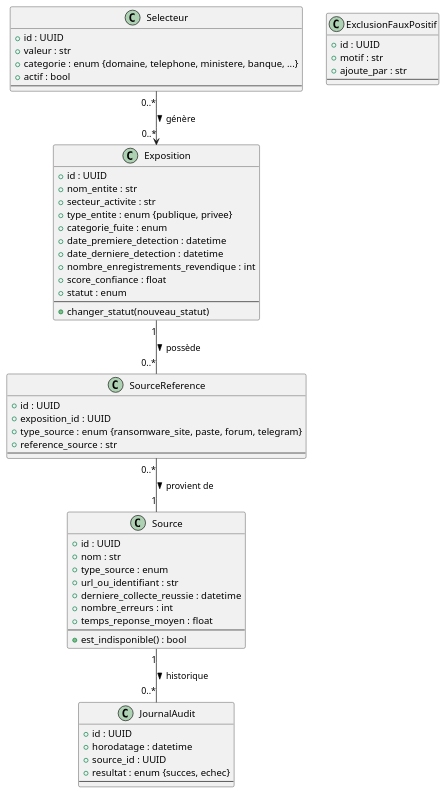
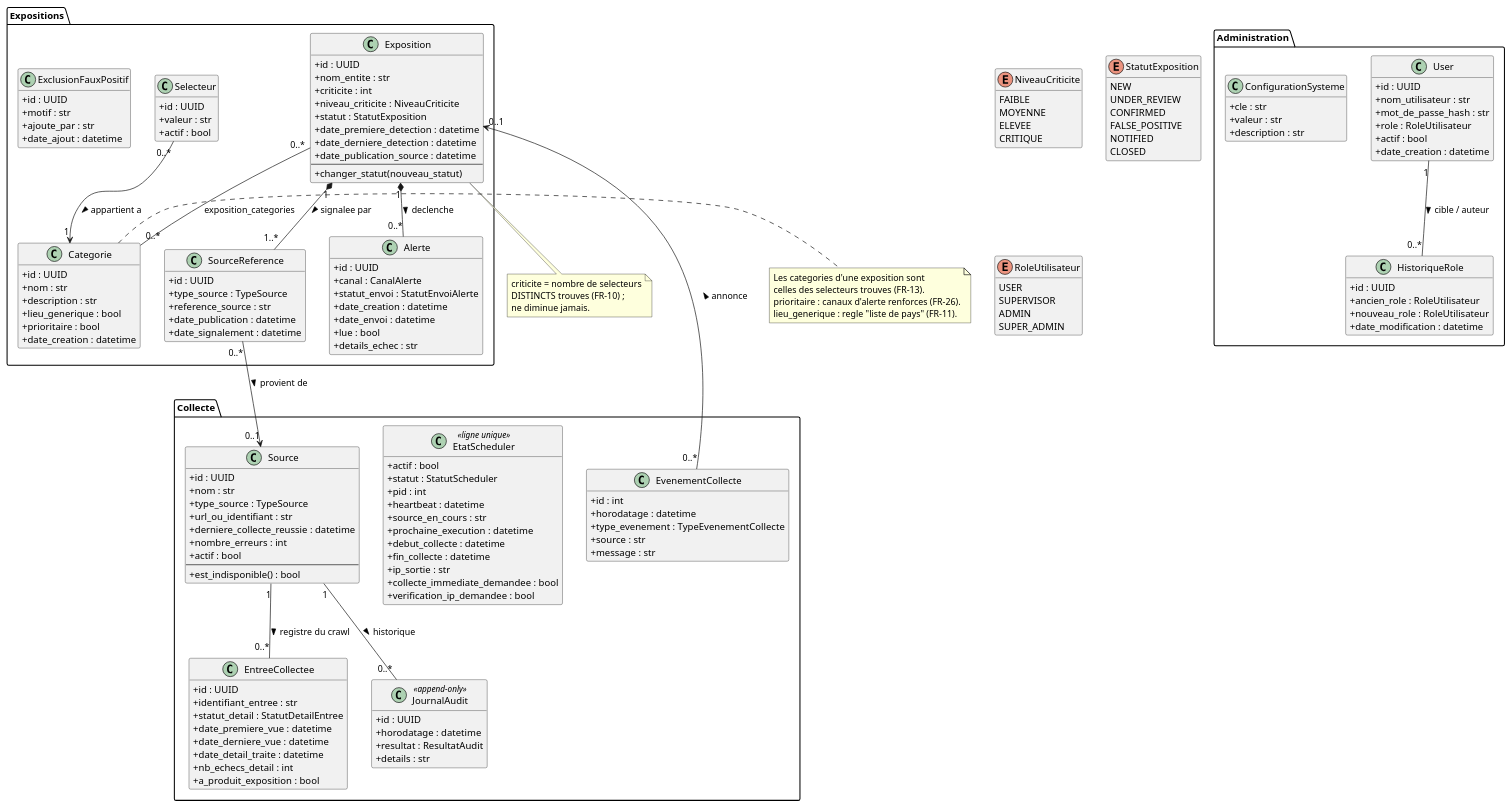
The diagram in docs/uml/classes.puml (vnyay1/dark-web-monitoring), drawn with PlantUML before and after one commit. The commit also changed 4 other files, not shown here.

First line of the commit message:
docs: diagrammes UML alignes sur le code, .env.example, arborescence du README

```diff
--- a/docs/uml/classes.puml
+++ b/docs/uml/classes.puml
@@ -1,66 +1,192 @@
 @startuml ClassDiagram_DarkWebMonitoring
 
-class Exposition {
-  +id : UUID
-  +nom_entite : str
-  +secteur_activite : str
-  +type_entite : enum {publique, privee}
-  +categorie_fuite : enum
-  +date_premiere_detection : datetime
-  +date_derniere_detection : datetime
-  +nombre_enregistrements_revendique : int
-  +score_confiance : float
-  +statut : enum
-  --
-  +changer_statut(nouveau_statut)
+' Modele de donnees de Sentinel (app/models/__init__.py).
+' CN-03 / CN-04 : seules des metadonnees sont stockees - aucune donnee
+' divulguee, aucun nom de personne, aucun extrait d'annonce.
+
+skinparam classAttributeIconSize 0
+hide empty methods
+
+package "Expositions" {
+
+  class Exposition {
+    +id : UUID
+    +nom_entite : str
+    +criticite : int
+    +niveau_criticite : NiveauCriticite
+    +statut : StatutExposition
+    +date_premiere_detection : datetime
+    +date_derniere_detection : datetime
+    +date_publication_source : datetime
+    --
+    +changer_statut(nouveau_statut)
+  }
+
+  class SourceReference {
+    +id : UUID
+    +type_source : TypeSource
+    +reference_source : str
+    +date_publication : datetime
+    +date_signalement : datetime
+  }
+
+  class Categorie {
+    +id : UUID
+    +nom : str
+    +description : str
+    +lieu_generique : bool
+    +prioritaire : bool
+    +date_creation : datetime
+  }
+
+  class Selecteur {
+    +id : UUID
+    +valeur : str
+    +actif : bool
+  }
+
+  class ExclusionFauxPositif {
+    +id : UUID
+    +motif : str
+    +ajoute_par : str
+    +date_ajout : datetime
+  }
+
+  class Alerte {
+    +id : UUID
+    +canal : CanalAlerte
+    +statut_envoi : StatutEnvoiAlerte
+    +date_creation : datetime
+    +date_envoi : datetime
+    +lue : bool
+    +details_echec : str
+  }
 }
 
-class SourceReference {
-  +id : UUID
-  +exposition_id : UUID
-  +type_source : enum {ransomware_site, paste, forum, telegram}
-  +reference_source : str
-  --
+package "Collecte" {
+
+  class Source {
+    +id : UUID
+    +nom : str
+    +type_source : TypeSource
+    +url_ou_identifiant : str
+    +derniere_collecte_reussie : datetime
+    +nombre_erreurs : int
+    +actif : bool
+    --
+    +est_indisponible() : bool
+  }
+
+  class EntreeCollectee {
+    +id : UUID
+    +identifiant_entree : str
+    +statut_detail : StatutDetailEntree
+    +date_premiere_vue : datetime
+    +date_derniere_vue : datetime
+    +date_detail_traite : datetime
+    +nb_echecs_detail : int
+    +a_produit_exposition : bool
+  }
+
+  class JournalAudit <<append-only>> {
+    +id : UUID
+    +horodatage : datetime
+    +resultat : ResultatAudit
+    +details : str
+  }
+
+  class EtatScheduler <<ligne unique>> {
+    +actif : bool
+    +statut : StatutScheduler
+    +pid : int
+    +heartbeat : datetime
+    +source_en_cours : str
+    +prochaine_execution : datetime
+    +debut_collecte : datetime
+    +fin_collecte : datetime
+    +ip_sortie : str
+    +collecte_immediate_demandee : bool
+    +verification_ip_demandee : bool
+  }
+
+  class EvenementCollecte {
+    +id : int
+    +horodatage : datetime
+    +type_evenement : TypeEvenementCollecte
+    +source : str
+    +message : str
+  }
 }
 
-class Source {
-  +id : UUID
-  +nom : str
-  +type_source : enum
-  +url_ou_identifiant : str
-  +derniere_collecte_reussie : datetime
-  +nombre_erreurs : int
-  +temps_reponse_moyen : float
-  --
-  +est_indisponible() : bool
+package "Administration" {
+
+  class User {
+    +id : UUID
+    +nom_utilisateur : str
+    +mot_de_passe_hash : str
+    +role : RoleUtilisateur
+    +actif : bool
+    +date_creation : datetime
+  }
+
+  class HistoriqueRole {
+    +id : UUID
+    +ancien_role : RoleUtilisateur
+    +nouveau_role : RoleUtilisateur
+    +date_modification : datetime
+  }
+
+  class ConfigurationSysteme {
+    +cle : str
+    +valeur : str
+    +description : str
+  }
 }
 
-class Selecteur {
-  +id : UUID
-  +valeur : str
-  +categorie : enum {domaine, telephone, ministere, banque, ...}
-  +actif : bool
-  --
+enum NiveauCriticite {
+  FAIBLE
+  MOYENNE
+  ELEVEE
+  CRITIQUE
 }
 
-class ExclusionFauxPositif {
-  +id : UUID
-  +motif : str
-  +ajoute_par : str
-  --
+enum StatutExposition {
+  NEW
+  UNDER_REVIEW
+  CONFIRMED
+  FALSE_POSITIVE
+  NOTIFIED
+  CLOSED
 }
 
-class JournalAudit {
-  +id : UUID
-  +horodatage : datetime
-  +source_id : UUID
-  +resultat : enum {succes, echec}
-  --
+enum RoleUtilisateur {
+  USER
+  SUPERVISOR
+  ADMIN
+  SUPER_ADMIN
 }
 
-Exposition "1" -- "0..*" SourceReference : possède >
-SourceReference "0..*" -- "1" Source : provient de >
-Selecteur "0..*" --> "0..*" Exposition : génère >
+Exposition "1" *-- "1..*" SourceReference : signalee par >
+SourceReference "0..*" --> "0..1" Source : provient de >
+Exposition "0..*" -- "0..*" Categorie : exposition_categories
+Selecteur "0..*" --> "1" Categorie : appartient a >
+Exposition "1" *-- "0..*" Alerte : declenche >
 Source "1" -- "0..*" JournalAudit : historique >
+Source "1" -- "0..*" EntreeCollectee : registre du crawl >
+EvenementCollecte "0..*" --> "0..1" Exposition : annonce >
+User "1" -- "0..*" HistoriqueRole : cible / auteur >
+
+note right of Categorie
+  Les categories d'une exposition sont
+  celles des selecteurs trouves (FR-13).
+  prioritaire : canaux d'alerte renforces (FR-26).
+  lieu_generique : regle "liste de pays" (FR-11).
+end note
+
+note bottom of Exposition
+  criticite = nombre de selecteurs
+  DISTINCTS trouves (FR-10) ;
+  ne diminue jamais.
+end note
 
 @enduml
```
